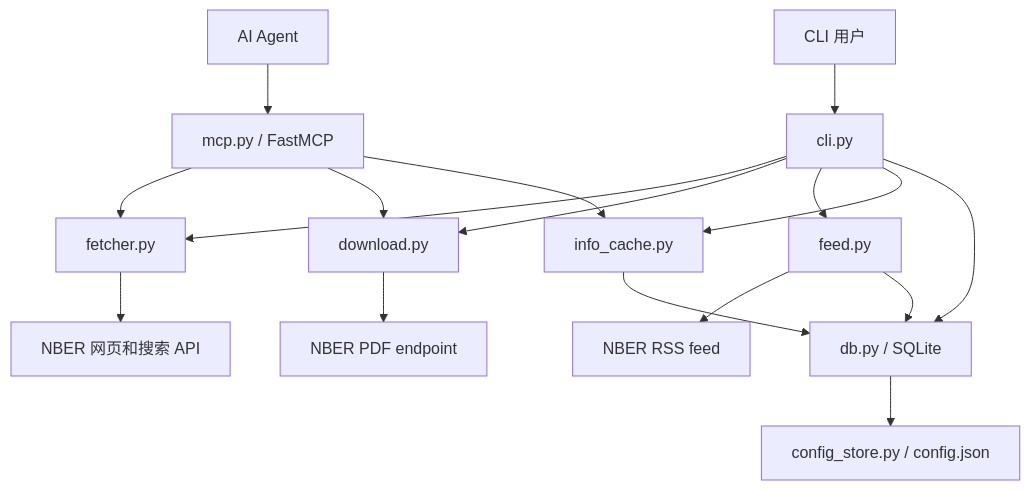
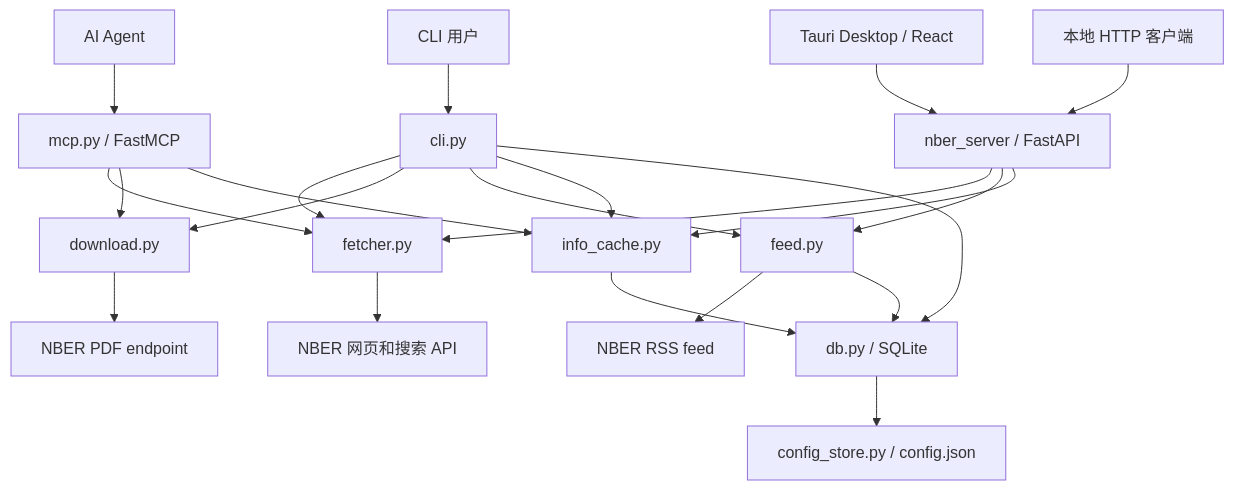
One commit to SepineTam/NBER-CLI changed the diagram in docs/zh/architecture.md. Above: the diagram before and after it, drawn with Mermaid. The commit also changed other lines of this file and 38 other files, not shown here.

````diff
--- a/docs/zh/architecture.md
+++ b/docs/zh/architecture.md
@@ -7,19 +7,24 @@
 ```mermaid
 flowchart TD
     user[CLI 用户] --> cli[cli.py]
     agent[AI Agent] --> mcp[mcp.py / FastMCP]
+    desktop[Tauri Desktop / React] --> server[nber_server / FastAPI]
+    local[本地 HTTP 客户端] --> server
     cli --> fetcher[fetcher.py]
     cli --> download[download.py]
     cli --> feed[feed.py]
     cli --> cache[info_cache.py]
     mcp --> fetcher
     mcp --> download
     mcp --> cache
+    server --> fetcher
+    server --> feed
+    server --> cache
     fetcher --> nber[NBER 网页和搜索 API]
     download --> pdf[NBER PDF endpoint]
     feed --> rss[NBER RSS feed]
     cache --> db[db.py / SQLite]
     feed --> db
     cli --> db
     db --> config[config_store.py / config.json]
 ```
````
